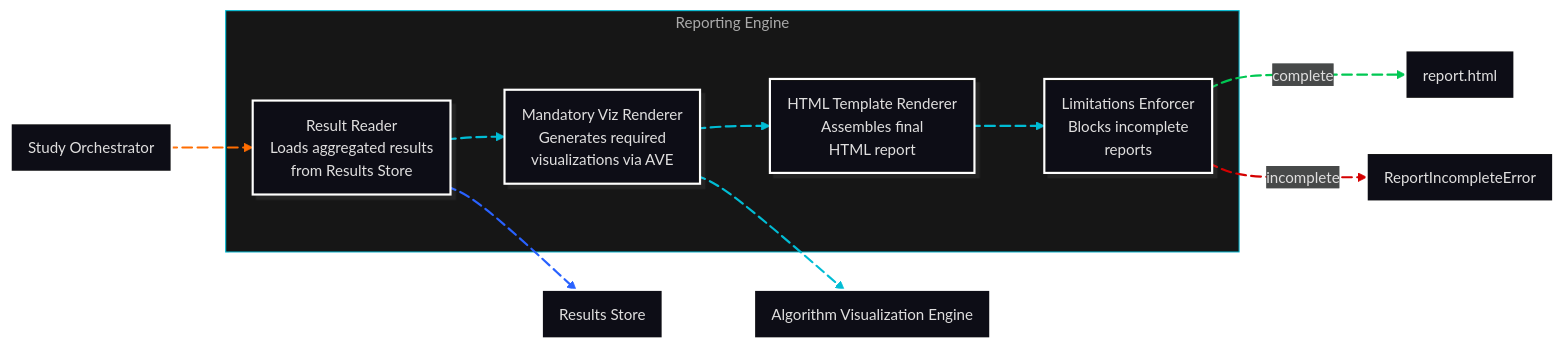
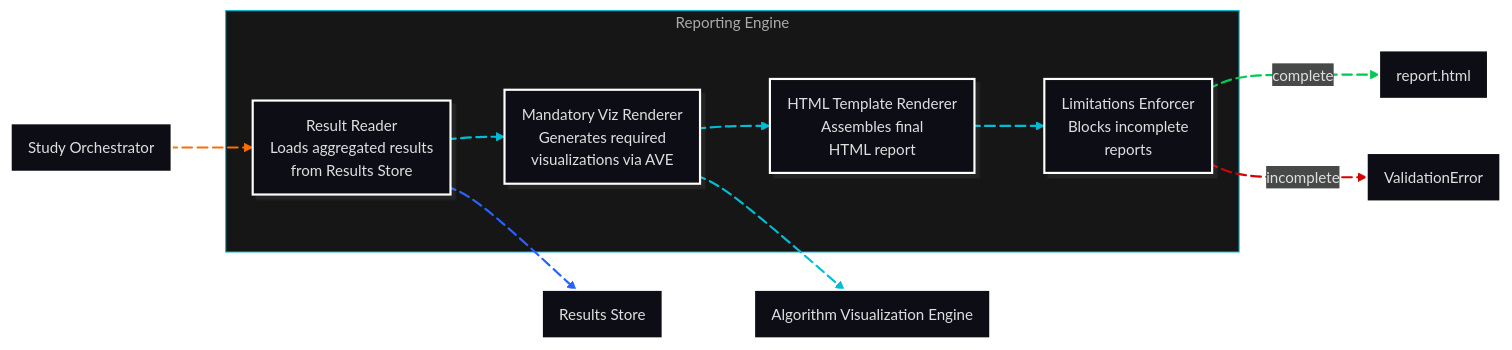
The diagram in docs/02-design/02-architecture/03-c4-leve2-containers/04-c4-leve3-components/07-reporting-engine/01-index.md (jedrzejpolaczek/aviarium.corvidae.corvus_corone), drawn with Mermaid before and after one commit. The commit also changed other lines of this file and 67 other files, not shown here.

````diff
--- a/docs/02-design/02-architecture/03-c4-leve2-containers/04-c4-leve3-components/07-reporting-engine/01-index.md
+++ b/docs/02-design/02-architecture/03-c4-leve2-containers/04-c4-leve3-components/07-reporting-engine/01-index.md
@@ -13,45 +13,45 @@
 ```mermaid
 ---
 config:
   look: neo
   theme: redux-dark
   themeVariables:
     background: transparent
 ---
 flowchart LR
   orch["Study Orchestrator"] L_orch_rr@--> rr
 
   subgraph RE["Reporting Engine"]
     rr["Result Reader\nLoads aggregated results\nfrom Results Store"]
     mvr["Mandatory Viz Renderer\nGenerates required\nvisualizations via AVE"]
     htr["HTML Template Renderer\nAssembles final\nHTML report"]
     le["Limitations Enforcer\nBlocks incomplete\nreports"]
   end
 
   rr L_rr_mvr@--> mvr
   mvr L_mvr_htr@--> htr
   htr L_htr_le@--> le
   le L_le_output@-- complete --> output["report.html"]
-  le L_le_error@-- incomplete --> error["ReportIncompleteError"]
+  le L_le_error@-- incomplete --> error["ValidationError"]
 
   rr L_rr_store@--> store["Results Store"]
   mvr L_mvr_ave@--> ave["Algorithm Visualization Engine"]
 
   style RE fill:#161616,stroke:#00BCD4,color:#aaaaaa
 
   linkStyle 0 stroke:#FF6D00,fill:none
   linkStyle 1,2,3 stroke:#00BCD4,fill:none
   linkStyle 4 stroke:#00C853,fill:none
   linkStyle 5 stroke:#D50000,fill:none
   linkStyle 6 stroke:#2962FF,fill:none
   linkStyle 7 stroke:#00BCD4,fill:none
 
   L_orch_rr@{ animation: fast }
   L_rr_mvr@{ animation: fast }
   L_mvr_htr@{ animation: fast }
   L_htr_le@{ animation: fast }
   L_le_output@{ animation: fast }
   L_le_error@{ animation: fast }
   L_rr_store@{ animation: fast }
   L_mvr_ave@{ animation: fast }
 ```
````
